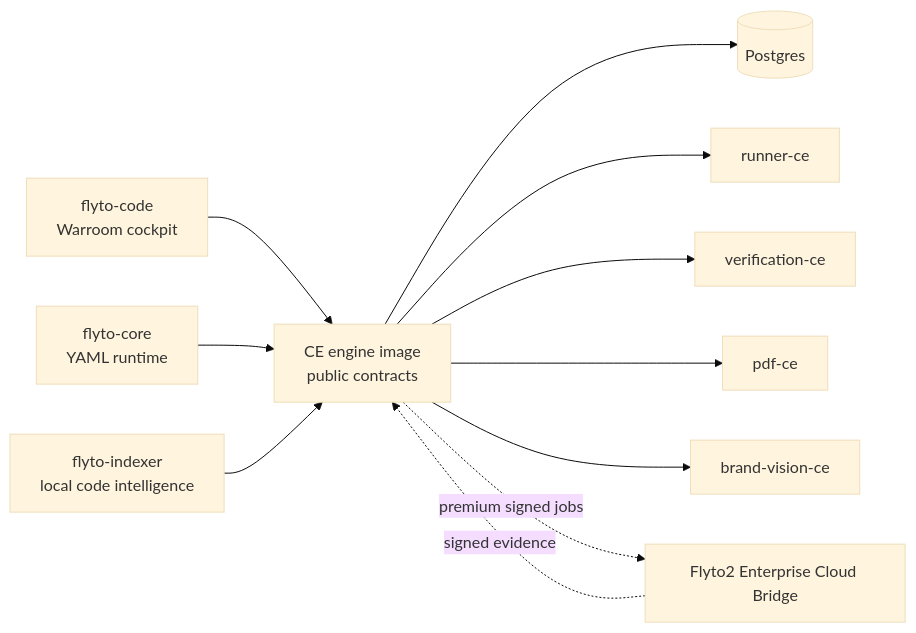
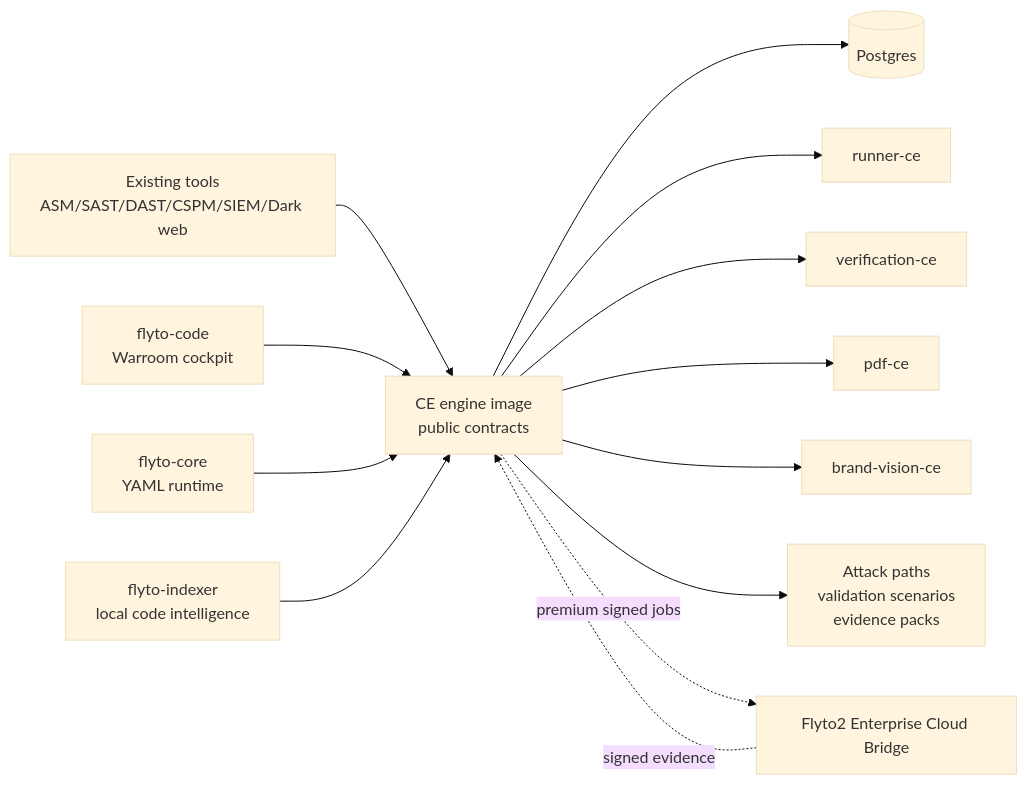
The diagram in README.md (flytohub/flyto-warroom), drawn with Mermaid (base theme) before and after one commit. The commit also changed other lines of this file and 10 other files, not shown here.

````diff
--- a/README.md
+++ b/README.md
@@ -133,13 +152,15 @@
 ```mermaid
 flowchart LR
+  Tools["Existing tools<br/>ASM/SAST/DAST/CSPM/SIEM/Dark web"] --> API
   UI["flyto-code<br/>Warroom cockpit"] --> API["CE engine image<br/>public contracts"]
   API --> DB[("Postgres")]
   API --> Runner["runner-ce"]
   API --> Verify["verification-ce"]
   API --> PDF["pdf-ce"]
   API --> Vision["brand-vision-ce"]
+  API --> Paths["Attack paths<br/>validation scenarios<br/>evidence packs"]
   Core["flyto-core<br/>YAML runtime"] --> API
   Indexer["flyto-indexer<br/>local code intelligence"] --> API
   API -. premium signed jobs .-> Cloud["Flyto2 Enterprise Cloud Bridge"]
   Cloud -. signed evidence .-> API
 ```
````
